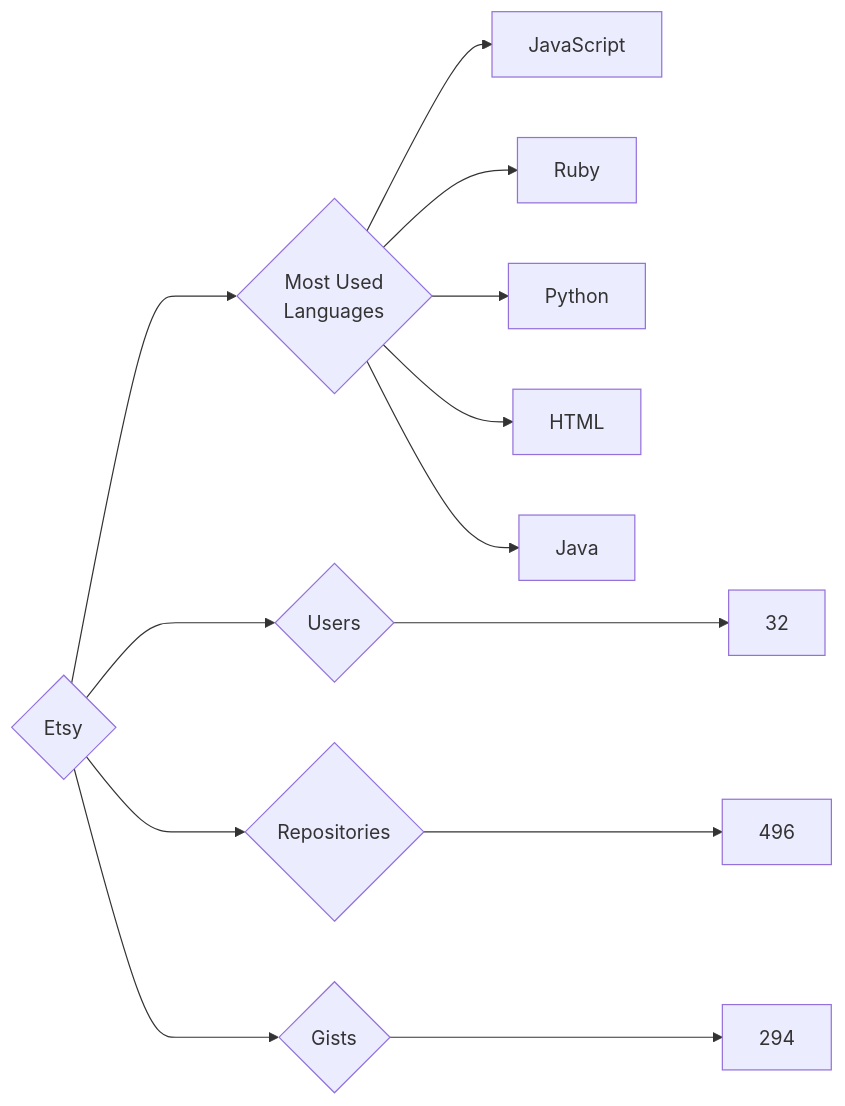
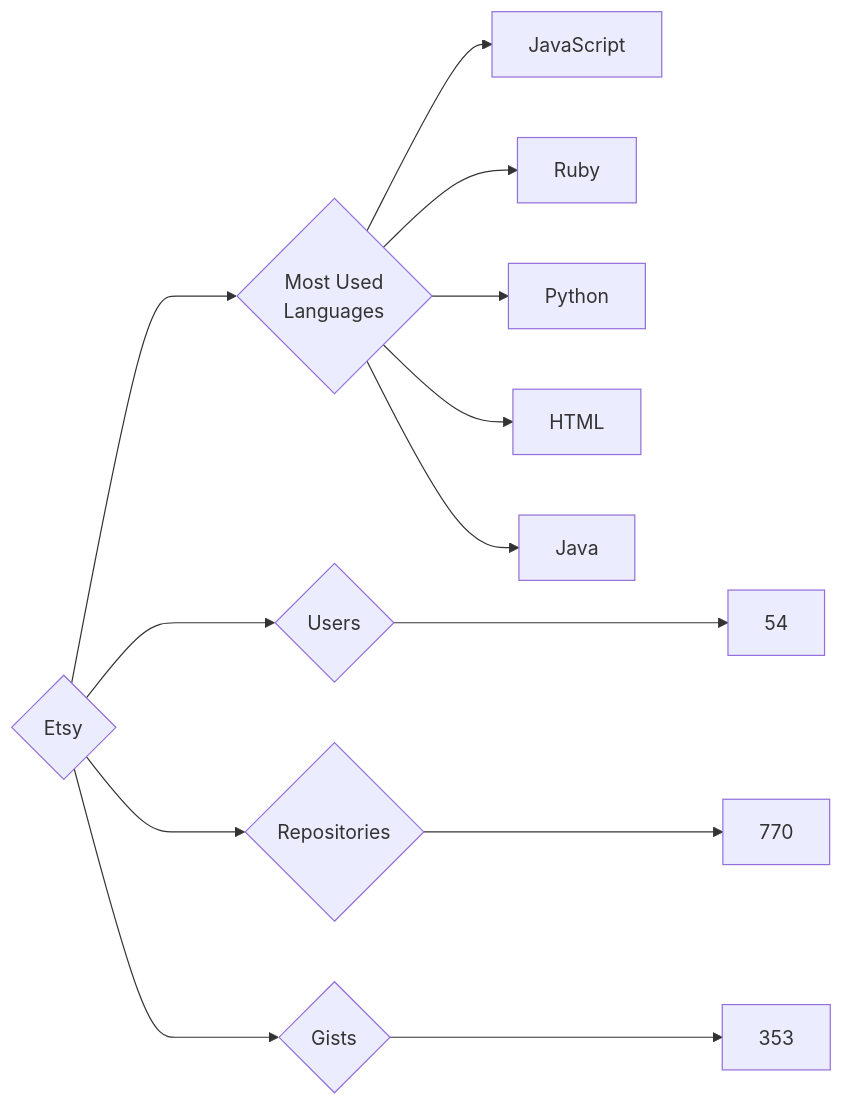
Before and after one commit to trickest/insiders: the diagram in targets/Etsy/README.md, drawn with Mermaid. The commit also changed 682 other files, not shown here.

````diff
--- a/targets/Etsy/README.md
+++ b/targets/Etsy/README.md
@@ -3,13 +3,13 @@
 ```mermaid
 graph LR
 COMPANY_NAME{Etsy}
-COMPANY_NAME ---> U{Users} ---> UN[32]
-COMPANY_NAME ---> R{Repositories} ---> RN[496]
-COMPANY_NAME ---> G{Gists} ---> GN[294]
+COMPANY_NAME ---> U{Users} ---> UN[54]
+COMPANY_NAME ---> R{Repositories} ---> RN[770]
+COMPANY_NAME ---> G{Gists} ---> GN[353]
 COMPANY_NAME ---> ML{Most Used<br>Languages}
 ML --> JavaScript[JavaScript]
 ML --> Ruby[Ruby]
 ML --> Python[Python]
 ML --> HTML[HTML]
 ML --> Java[Java]
 ```
````
